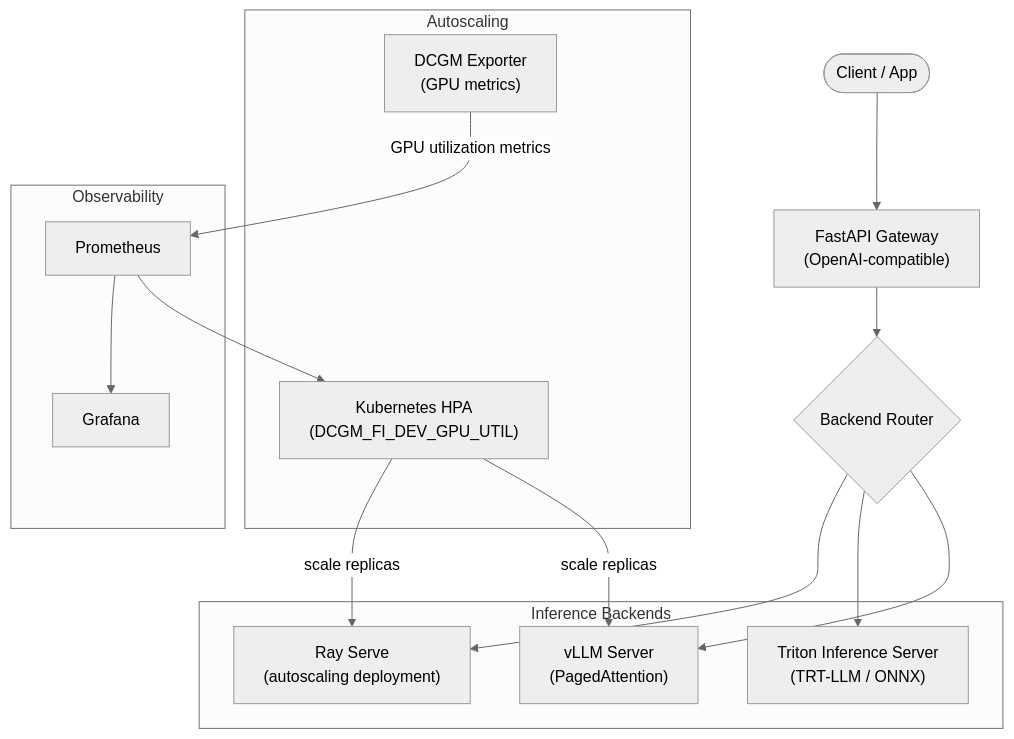
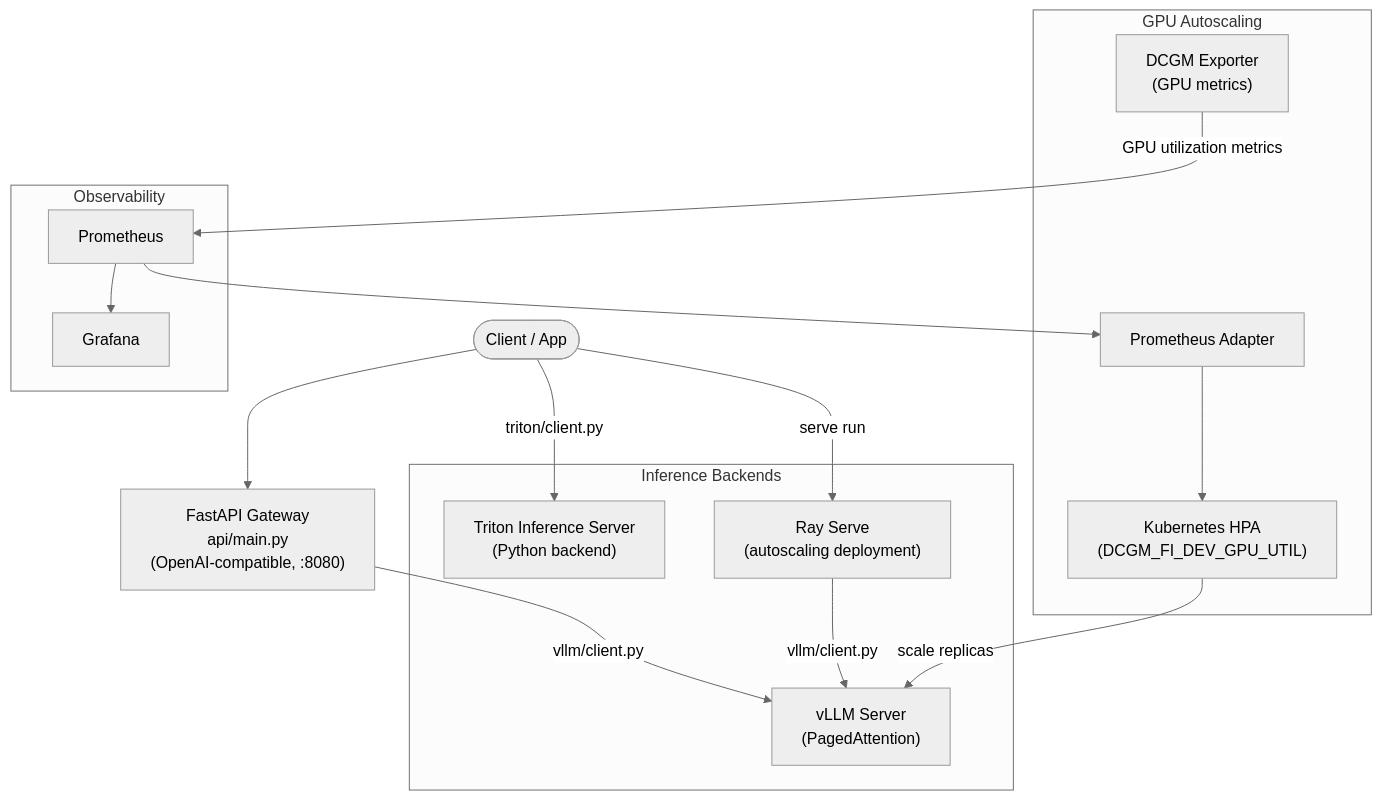
Before and after one commit to maxgregaabig/model-serving-stack: the diagram in README.md, drawn with Mermaid (neutral theme). The commit also changed other lines of this file, not shown here.

Commit message:
docs(readme): reframe as reference stack and repair architecture diagram
- Header no longer claims production infrastructure; it describes what the repo
  is, with a what+why paragraph.
- Mermaid node labels use <br/> instead of literal \n, which GitHub renders as
  text.
- Diagram and the stack components table now show the real topology (the gateway
  calls vLLM only) and point at files that exist.

````diff
--- a/README.md
+++ b/README.md
@@ -13,33 +15,33 @@
 ```mermaid
 flowchart TD
     Client(["Client / App"])
-    GW["FastAPI Gateway\n(OpenAI-compatible)"] 
-    Router{"Backend Router"}
+    GW["FastAPI Gateway<br/>api/main.py<br/>(OpenAI-compatible, :8080)"]
 
-    subgraph Inference Backends
-        VLLM["vLLM Server\n(PagedAttention)"]
-        Triton["Triton Inference Server\n(TRT-LLM / ONNX)"]
-        Ray["Ray Serve\n(autoscaling deployment)"]
+    subgraph Backends ["Inference Backends"]
+        VLLM["vLLM Server<br/>(PagedAttention)"]
+        Triton["Triton Inference Server<br/>(Python backend)"]
+        Ray["Ray Serve<br/>(autoscaling deployment)"]
     end
 
-    subgraph Autoscaling
-        DCGM["DCGM Exporter\n(GPU metrics)"]
-        HPA["Kubernetes HPA\n(DCGM_FI_DEV_GPU_UTIL)"] 
+    subgraph Autoscaling ["GPU Autoscaling"]
+        DCGM["DCGM Exporter<br/>(GPU metrics)"]
+        Adapter["Prometheus Adapter"]
+        HPA["Kubernetes HPA<br/>(DCGM_FI_DEV_GPU_UTIL)"]
     end
 
-    subgraph Observability
+    subgraph Observability ["Observability"]
         Prom["Prometheus"]
         Graf["Grafana"]
     end
 
     Client --> GW
-    GW --> Router
-    Router --> VLLM
-    Router --> Triton
-    Router --> Ray
+    GW -->|"vllm/client.py"| VLLM
+    Client -->|"triton/client.py"| Triton
+    Client -->|"serve run"| Ray
+    Ray -->|"vllm/client.py"| VLLM
     DCGM -->|"GPU utilization metrics"| Prom
-    Prom --> HPA
+    Prom --> Adapter
+    Adapter --> HPA
     HPA -->|"scale replicas"| VLLM
-    HPA -->|"scale replicas"| Ray
     Prom --> Graf
 ```
````
